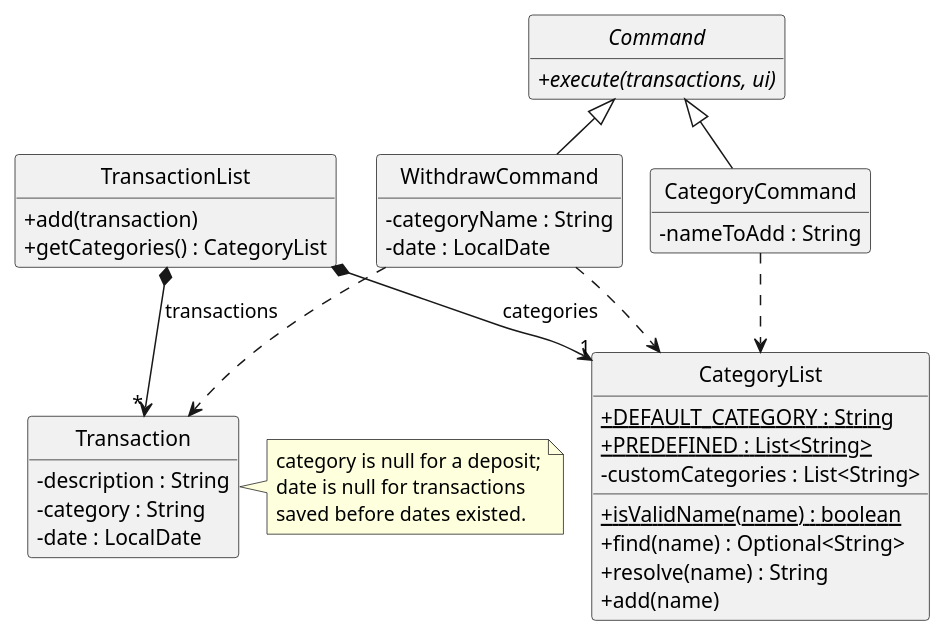
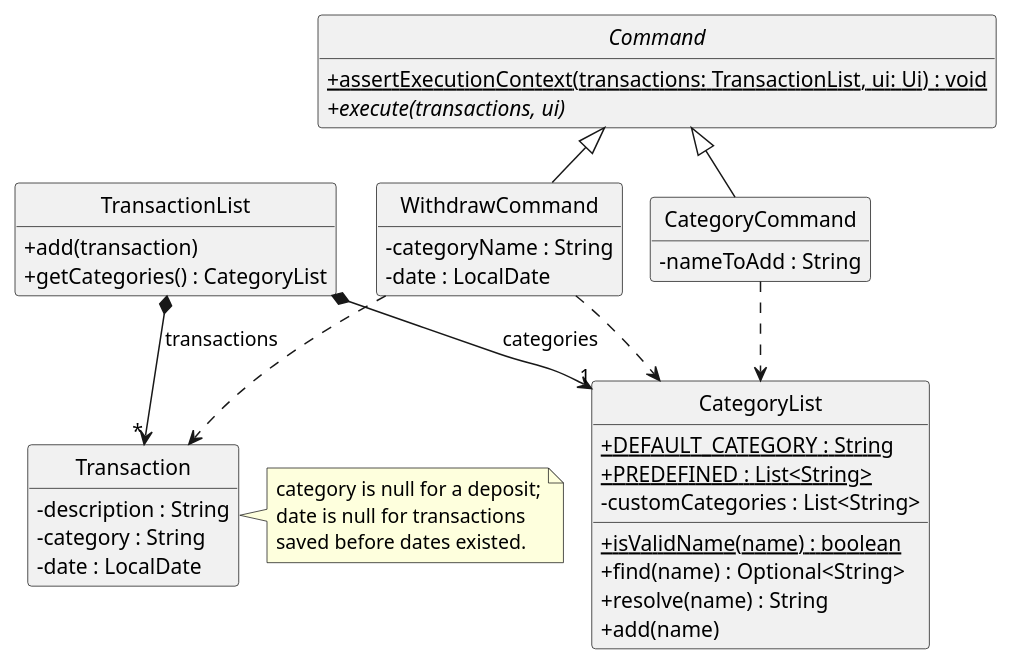
Before and after one commit to AY2627S1-CS2113-W13-2/tp: the diagram in docs/diagrams/CategoryClassDiagram.puml, drawn with PlantUML. The commit also changed 26 other files, not shown here.

Commit message:
Move assertion method to Command and update diagrams

```diff
--- a/docs/diagrams/CategoryClassDiagram.puml
+++ b/docs/diagrams/CategoryClassDiagram.puml
@@ -1,57 +1,58 @@
 @startuml
 ' Classes involved in categorising spending.
 ' Only the members relevant to categories and dates are shown.
 !pragma layout smetana
 hide circle
 hide empty members
 skinparam shadowing false
 skinparam classAttributeIconSize 0
 
 abstract class Command {
+  {static} +assertExecutionContext(transactions: TransactionList, ui: Ui) : void
   {abstract} +execute(transactions, ui)
 }
 
 class WithdrawCommand {
   -categoryName : String
   -date : LocalDate
 }
 
 class CategoryCommand {
   -nameToAdd : String
 }
 
 class TransactionList {
   +add(transaction)
   +getCategories() : CategoryList
 }
 
 class CategoryList {
   {static} +DEFAULT_CATEGORY : String
   {static} +PREDEFINED : List<String>
   -customCategories : List<String>
   {static} +isValidName(name) : boolean
   +find(name) : Optional<String>
   +resolve(name) : String
   +add(name)
 }
 
 class Transaction {
   -description : String
   -category : String
   -date : LocalDate
 }
 
 Command <|-- WithdrawCommand
 Command <|-- CategoryCommand
 TransactionList *--> "1" CategoryList : categories
 TransactionList *--> "*" Transaction : transactions
 WithdrawCommand ..> CategoryList
 CategoryCommand ..> CategoryList
 WithdrawCommand ..> Transaction
 
 note right of Transaction
   category is null for a deposit;
   date is null for transactions
   saved before dates existed.
 end note
 @enduml
```
